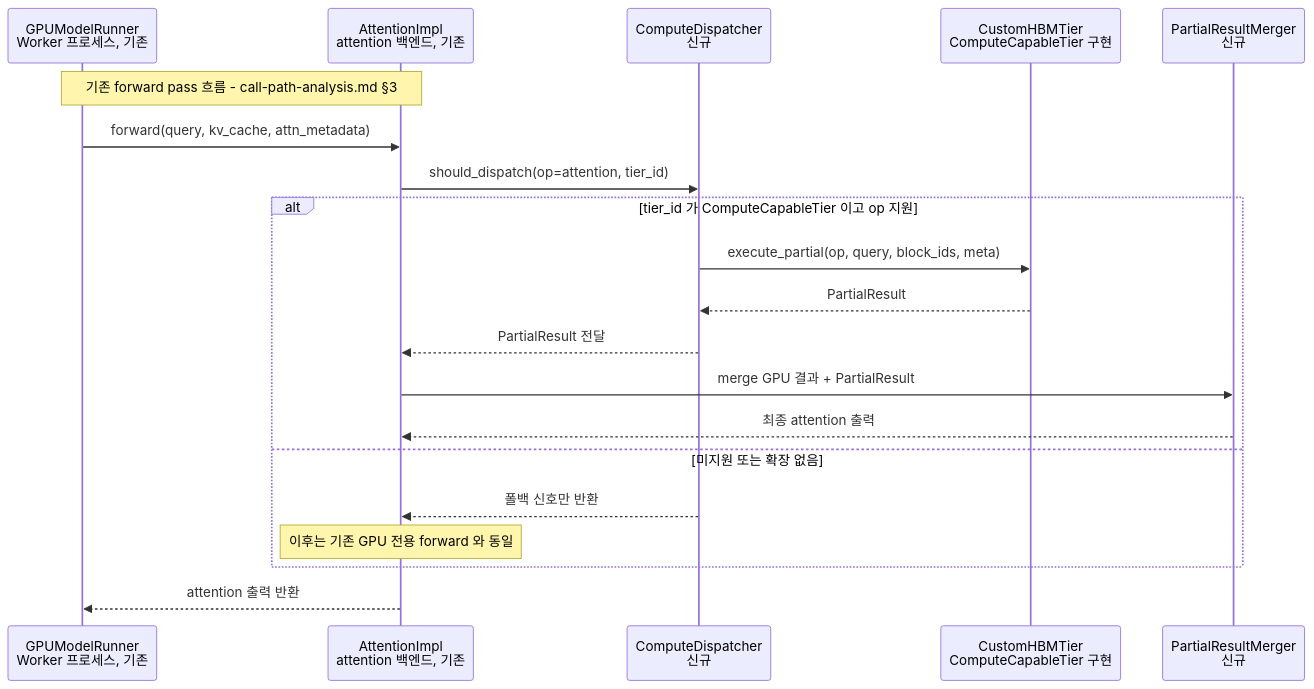
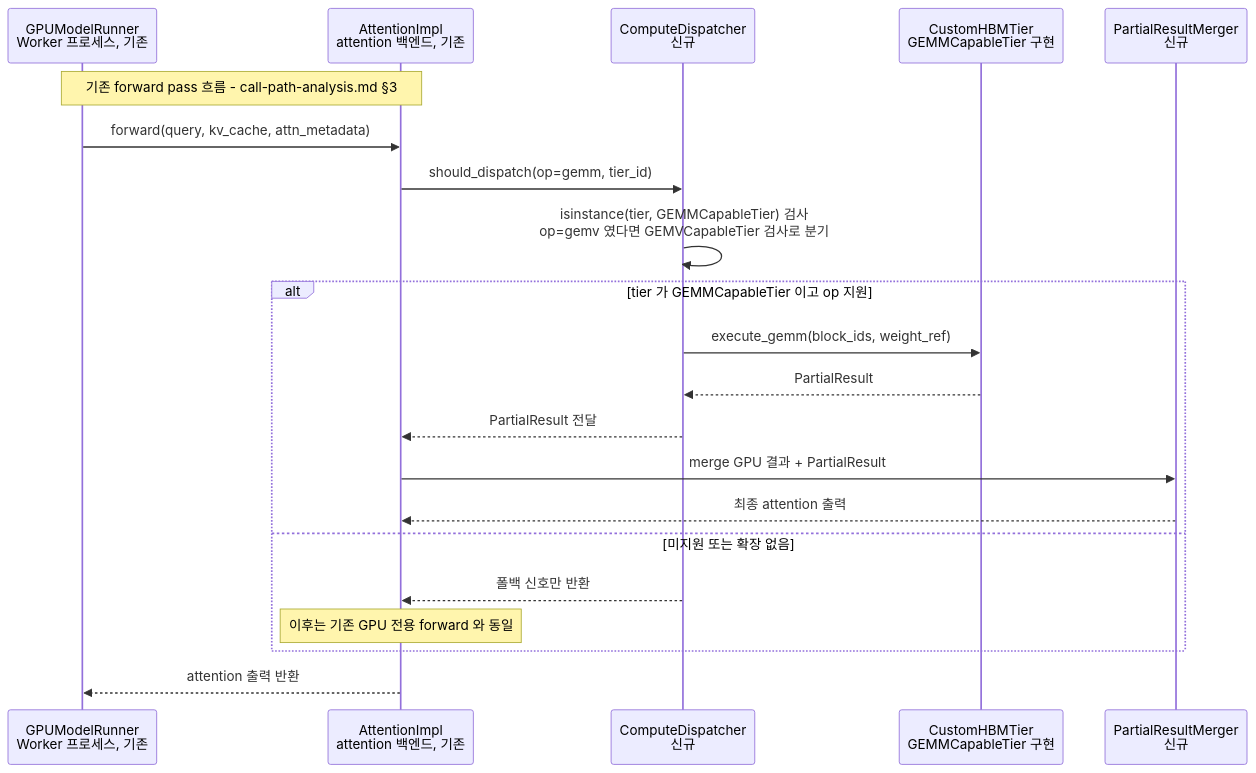
The tenth of 10 diagrams in doc-mk/vllm-memory-abstraction-level-candidates.md (mkim0628/vllm), drawn with Mermaid before and after one commit. The commit also changed other lines of this file, not shown here.

````diff
--- a/doc-mk/vllm-memory-abstraction-level-candidates.md
+++ b/doc-mk/vllm-memory-abstraction-level-candidates.md
@@ -622,23 +805,24 @@
 ```mermaid
 sequenceDiagram
     participant RUNNER as GPUModelRunner<br/>Worker 프로세스, 기존
     participant ATTN as AttentionImpl<br/>attention 백엔드, 기존
     participant DISP as ComputeDispatcher<br/>신규
-    participant PIM as CustomHBMTier<br/>ComputeCapableTier 구현
+    participant TIER as CustomHBMTier<br/>GEMMCapableTier 구현
     participant MERGE as PartialResultMerger<br/>신규
 
     Note over RUNNER,ATTN: 기존 forward pass 흐름 - call-path-analysis.md §3
     RUNNER->>ATTN: forward(query, kv_cache, attn_metadata)
-    ATTN->>DISP: should_dispatch(op=attention, tier_id)
-    alt tier_id 가 ComputeCapableTier 이고 op 지원
-        DISP->>PIM: execute_partial(op, query, block_ids, meta)
-        PIM-->>DISP: PartialResult
+    ATTN->>DISP: should_dispatch(op=gemm, tier_id)
+    DISP->>DISP: isinstance(tier, GEMMCapableTier) 검사<br/>op=gemv 였다면 GEMVCapableTier 검사로 분기
+    alt tier 가 GEMMCapableTier 이고 op 지원
+        DISP->>TIER: execute_gemm(block_ids, weight_ref)
+        TIER-->>DISP: PartialResult
         DISP-->>ATTN: PartialResult 전달
         ATTN->>MERGE: merge GPU 결과 + PartialResult
         MERGE-->>ATTN: 최종 attention 출력
     else 미지원 또는 확장 없음
         DISP-->>ATTN: 폴백 신호만 반환
         Note over ATTN: 이후는 기존 GPU 전용 forward 와 동일
     end
     ATTN-->>RUNNER: attention 출력 반환
 ```
````
